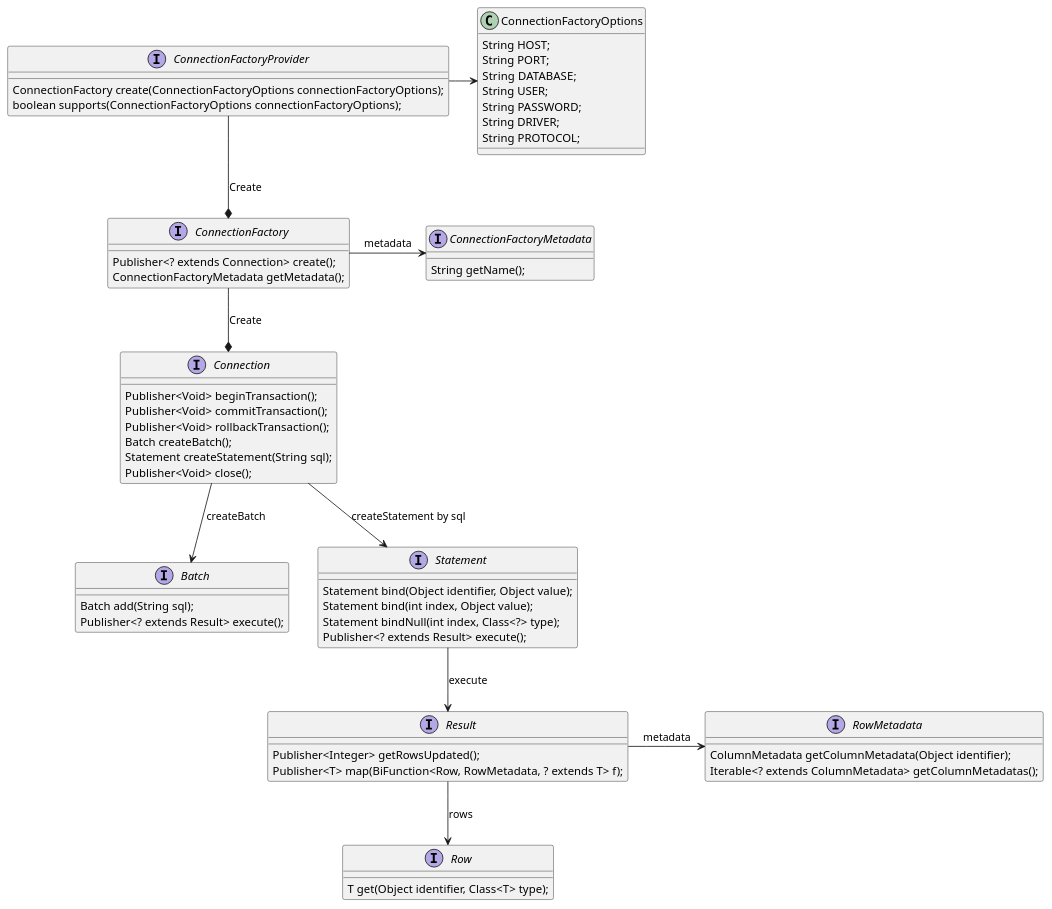
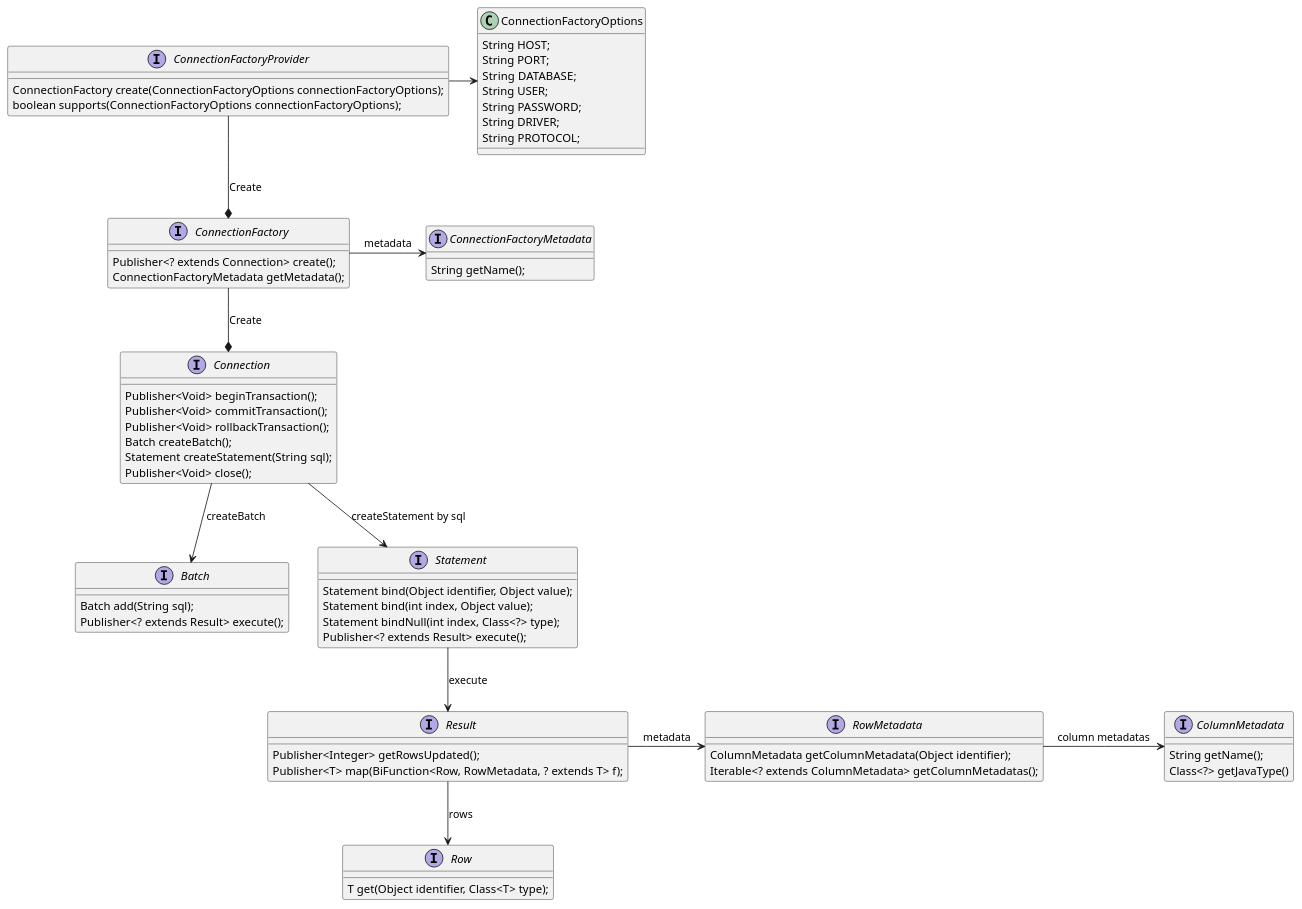
The diagram in r2dbc-spi-class-diagram.puml (linux-china/r2dbc-demo), drawn with PlantUML before and after one commit.

Commit message:
add ColumnMetadata

```diff
--- a/r2dbc-spi-class-diagram.puml
+++ b/r2dbc-spi-class-diagram.puml
@@ -1,84 +1,92 @@
 @startuml
 
 class ConnectionFactoryOptions {
    String HOST;
    String PORT;
    String DATABASE;
    String USER;
    String PASSWORD;
    String DRIVER;
    String PROTOCOL;
 
 }
 
 interface ConnectionFactoryProvider {
     ConnectionFactory create(ConnectionFactoryOptions connectionFactoryOptions);
     boolean supports(ConnectionFactoryOptions connectionFactoryOptions);
 }
 
 
 interface ConnectionFactory {
     Publisher<? extends Connection> create();
     ConnectionFactoryMetadata getMetadata();
 }
 
 interface ConnectionFactoryMetadata {
    String getName();
 }
 
 interface Connection {
     Publisher<Void> beginTransaction();
     Publisher<Void> commitTransaction();
     Publisher<Void> rollbackTransaction();
     Batch createBatch();
     Statement createStatement(String sql);
     Publisher<Void> close();
 }
 
 interface Batch {
     Batch add(String sql);
     Publisher<? extends Result> execute();
 }
 
 interface Statement {
     Statement bind(Object identifier, Object value);
     Statement bind(int index, Object value);
     Statement bindNull(int index, Class<?> type);
     Publisher<? extends Result> execute();
 }
 
 interface Result {
     Publisher<Integer> getRowsUpdated();
     Publisher<T> map(BiFunction<Row, RowMetadata, ? extends T> f);
 }
 
 
 interface RowMetadata {
    ColumnMetadata getColumnMetadata(Object identifier);
    Iterable<? extends ColumnMetadata> getColumnMetadatas();
 }
 
+interface ColumnMetadata {
+   String getName();
+   Class<?> getJavaType()
+}
+
 interface Row {
     T get(Object identifier, Class<T> type);
 }
 
 ConnectionFactoryProvider -right-> ConnectionFactoryOptions
 
 
 ConnectionFactoryProvider --* ConnectionFactory: Create
 
 
 ConnectionFactory --* Connection: Create
+
 ConnectionFactory -right-> ConnectionFactoryMetadata: metadata
 
 
 Connection --> Statement: createStatement by sql
 Connection --> Batch: createBatch
 
 Statement --> Result: execute
 
-Result -right->  RowMetadata: metadata
+Result -right-> RowMetadata: metadata
+
+RowMetadata -right-> ColumnMetadata: column metadatas
 
 Result --> Row: rows
 
 @enduml
```
